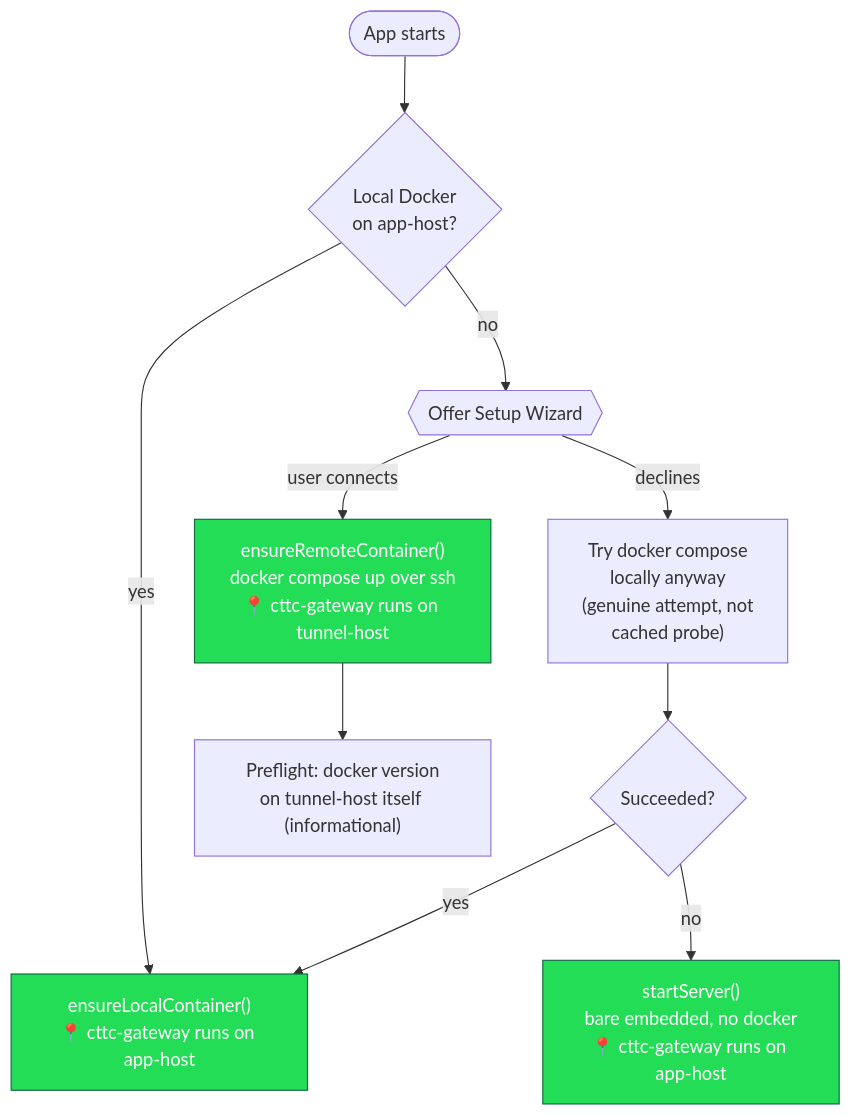
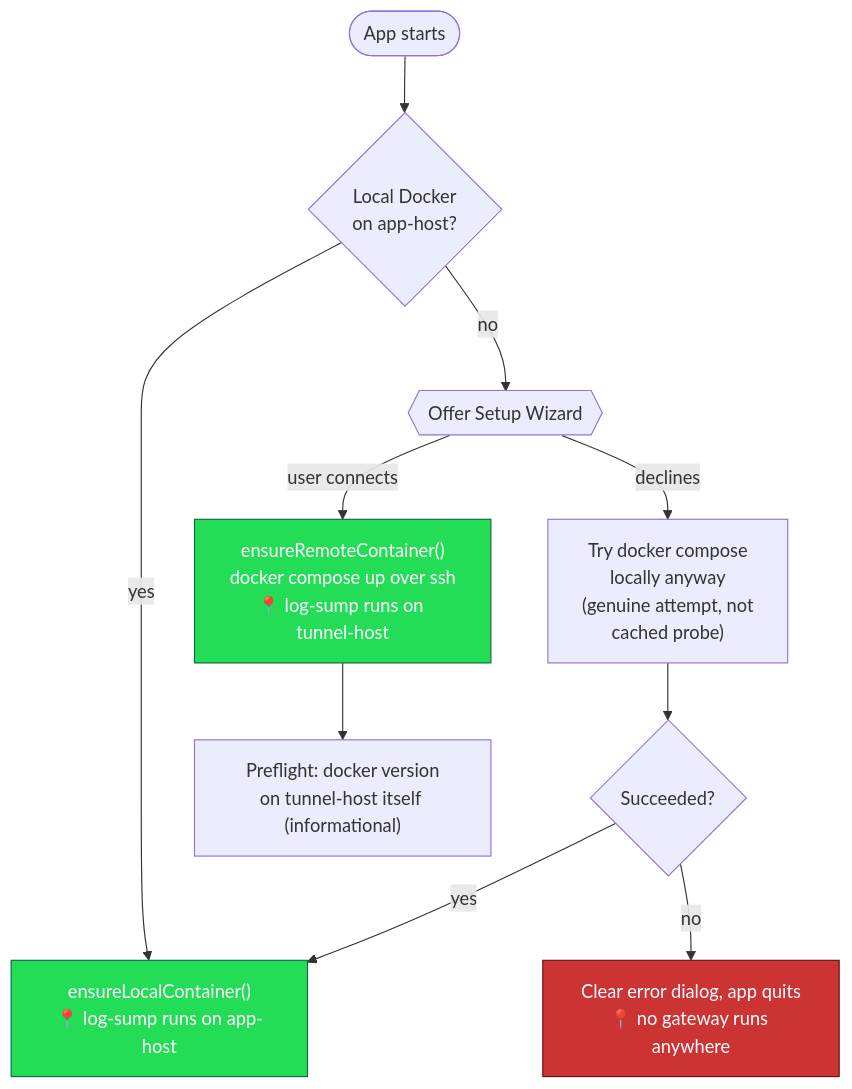
Before and after one commit to oliben67/cut-to-the-chase: the second of 2 diagrams in docs/architecture/docker-target-resolution.md, drawn with Mermaid. The commit also changed other lines of this file and 4 other files, not shown here.

First line of the commit message:
docs(architecture): reconcile design docs against the log-sump migration

````diff
--- a/docs/architecture/docker-target-resolution.md
+++ b/docs/architecture/docker-target-resolution.md
@@ -59,15 +62,17 @@
 ```mermaid
 flowchart TB
     A1([App starts]) --> A2{Local Docker<br/>on app-host?}
-    A2 -- yes --> A3["ensureLocalContainer()<br/>📍 cttc-gateway runs on app-host"]
+    A2 -- yes --> A3["ensureLocalContainer()<br/>📍 log-sump runs on app-host"]
     A2 -- no --> A4{{Offer Setup Wizard}}
-    A4 -- "user connects" --> T1["ensureRemoteContainer()<br/>docker compose up over ssh<br/>📍 cttc-gateway runs on tunnel-host"]
+    A4 -- "user connects" --> T1["ensureRemoteContainer()<br/>docker compose up over ssh<br/>📍 log-sump runs on tunnel-host"]
     T1 --> T2["Preflight: docker version<br/>on tunnel-host itself (informational)"]
     A4 -- declines --> A5["Try docker compose<br/>locally anyway<br/>(genuine attempt, not<br/>cached probe)"]
     A5 --> A7{Succeeded?}
     A7 -- yes --> A3
-    A7 -- no --> A8["startServer()<br/>bare embedded, no docker<br/>📍 cttc-gateway runs on app-host"]
+    A7 -- no --> A9["Clear error dialog, app quits<br/>📍 no gateway runs anywhere"]
 
     classDef server fill:#2d5,stroke:#164,color:#fff
-    class A3,A8,T1 server
+    classDef fail fill:#c33,stroke:#611,color:#fff
+    class A3,T1 server
+    class A9 fail
 ```
````
